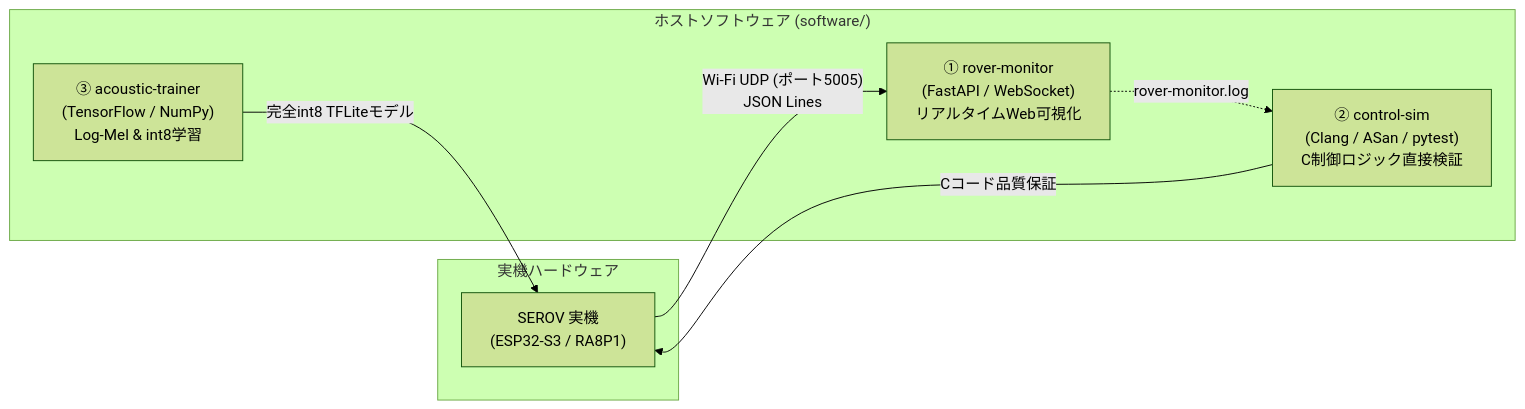
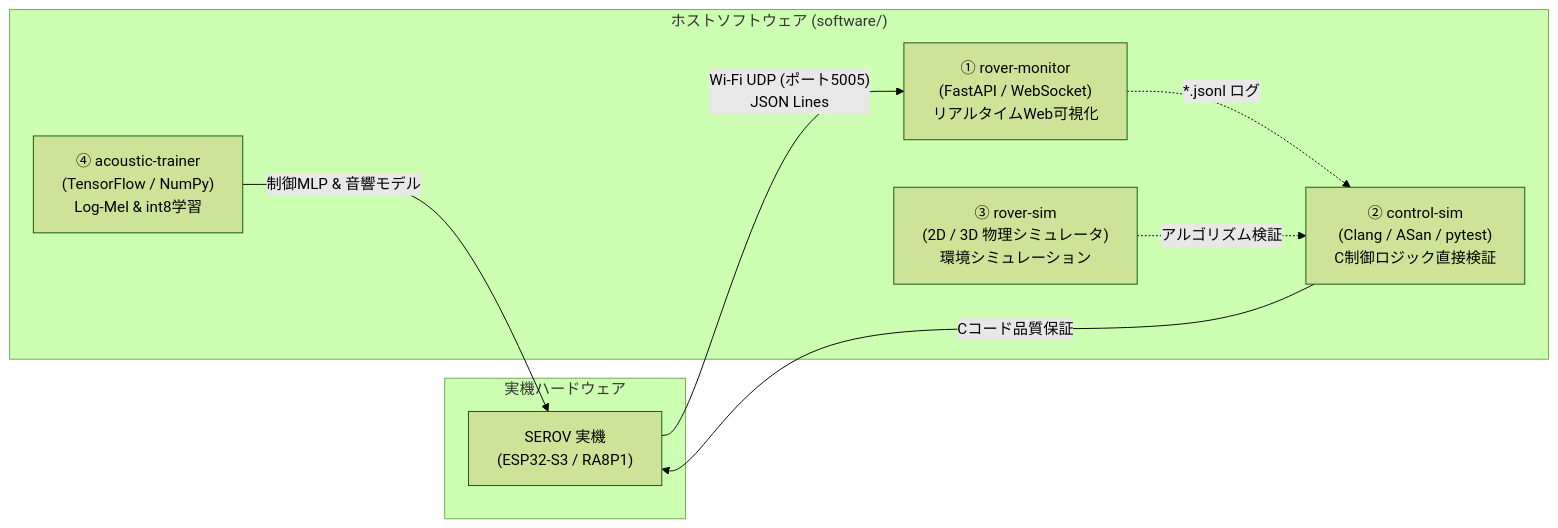
One commit to horned128/sound-exploration-rover changed the diagram in docs/textbook/08_software_ecosystem_and_sim.md. Above: the diagram before and after it, drawn with Mermaid (forest theme). The commit also changed other lines of this file and 20 other files, not shown here.

````diff
--- a/docs/textbook/08_software_ecosystem_and_sim.md
+++ b/docs/textbook/08_software_ecosystem_and_sim.md
@@ -13,17 +13,19 @@
 ```mermaid
 flowchart LR
     subgraph REAL["実機ハードウェア"]
         ROVER["SEROV 実機<br/>(ESP32-S3 / RA8P1)"]
     end
 
     subgraph SW["ホストソフトウェア (software/)"]
         MON["① rover-monitor<br/>(FastAPI / WebSocket)<br/>リアルタイムWeb可視化"]
         SIM["② control-sim<br/>(Clang / ASan / pytest)<br/>C制御ロジック直接検証"]
-        TRAIN["③ acoustic-trainer<br/>(TensorFlow / NumPy)<br/>Log-Mel & int8学習"]
+        RSIM["③ rover-sim<br/>(2D / 3D 物理シミュレータ)<br/>環境シミュレーション"]
+        TRAIN["④ acoustic-trainer<br/>(TensorFlow / NumPy)<br/>Log-Mel & int8学習"]
     end
 
     ROVER -->|"Wi-Fi UDP (ポート5005)<br/>JSON Lines"| MON
-    MON -.->|"rover-monitor.log"| SIM
-    TRAIN -->|"完全int8 TFLiteモデル"| ROVER
+    MON -.->|"*.jsonl ログ"| SIM
+    TRAIN -->|"制御MLP & 音響モデル"| ROVER
     SIM -->|"Cコード品質保証"| ROVER
+    RSIM -.->|"アルゴリズム検証"| SIM
 ```
````
